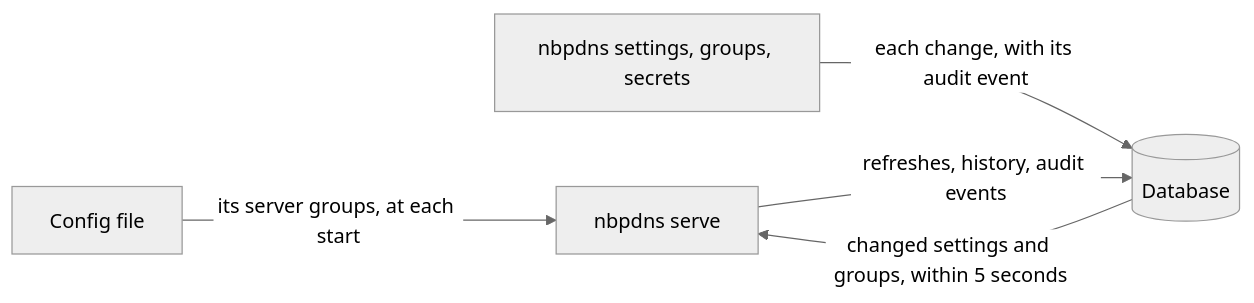
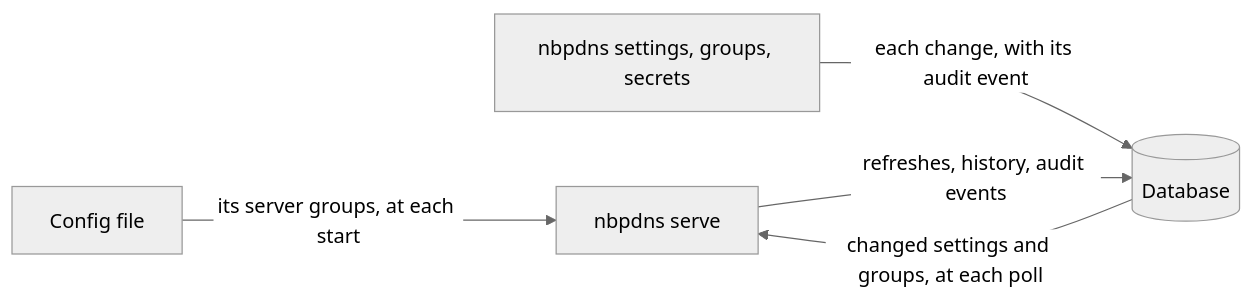
The diagram in docs/explanation/how-nbpdns-stores-its-state.md (zeddD1abl0/netbox-powerdns-ai), drawn with Mermaid (neutral theme) before and after one commit. The commit also changed other lines of this file and 43 other files, not shown here.

````diff
--- a/docs/explanation/how-nbpdns-stores-its-state.md
+++ b/docs/explanation/how-nbpdns-stores-its-state.md
@@ -15,7 +15,7 @@
 ```mermaid
 flowchart LR
     file[Config file] -->|its server groups, at each start| serve[nbpdns serve]
     cli[nbpdns settings, groups, secrets] -->|each change, with its audit event| db[(Database)]
     serve -->|refreshes, history, audit events| db
-    db -->|changed settings and groups, within 5 seconds| serve
+    db -->|changed settings and groups, at each poll| serve
 ```
````
